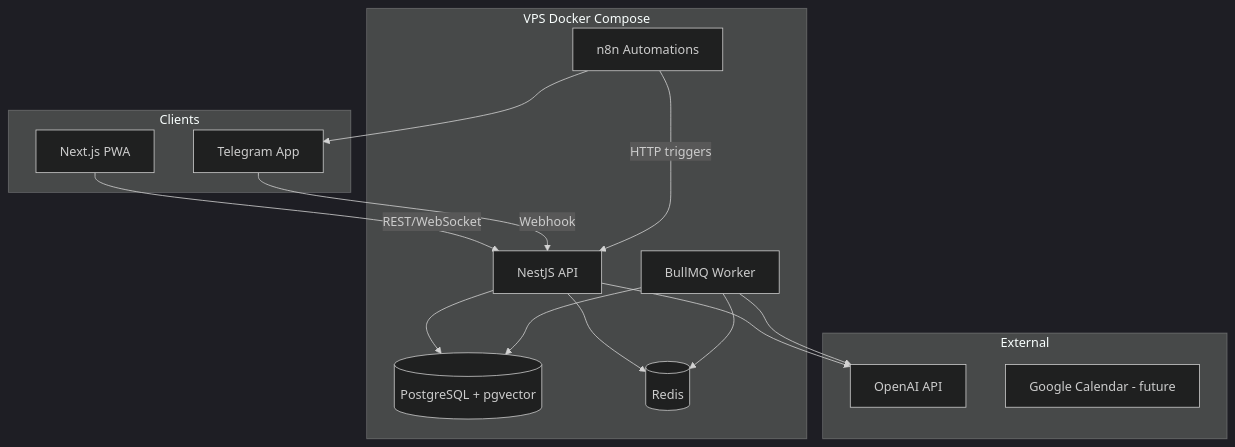
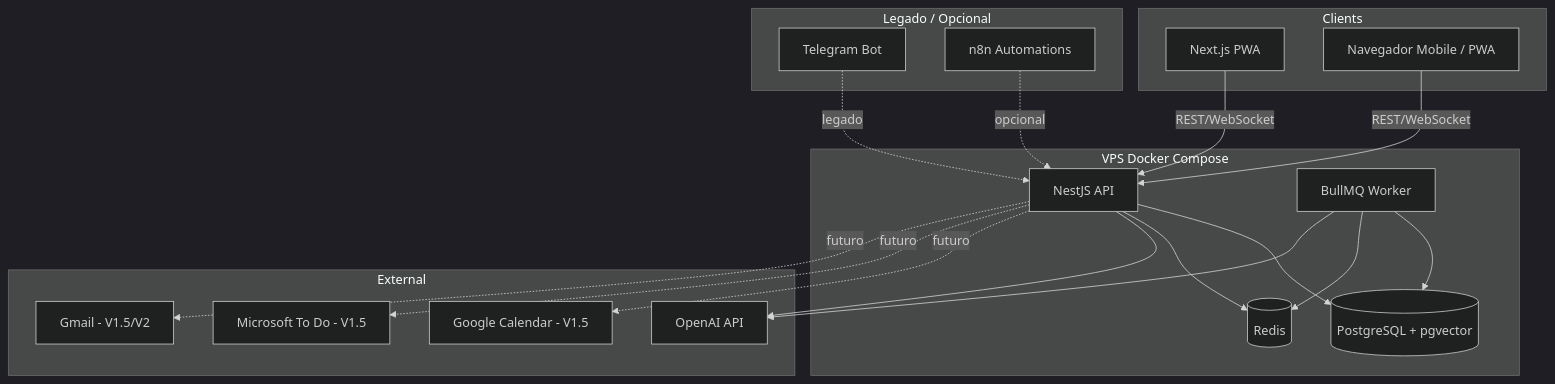
One commit to Erikrit/mika changed the first of 3 diagrams in .specs/architecture/ARCHITECTURE.md. Above: the diagram before and after it, drawn with Mermaid (dark theme). The commit also changed other lines of this file, not shown here.

Commit message:
docs: ajusta arquitetura principal para Web PWA

````diff
--- a/.specs/architecture/ARCHITECTURE.md
+++ b/.specs/architecture/ARCHITECTURE.md
@@ -12,31 +14,40 @@
 ```mermaid
 graph TB
     subgraph Clients
         WEB[Next.js PWA]
-        TG[Telegram App]
+        MOBILE[Navegador Mobile / PWA]
     end
 
     subgraph VPS["VPS Docker Compose"]
         API[NestJS API]
         WORKER[BullMQ Worker]
-        N8N[n8n Automations]
         PG[(PostgreSQL + pgvector)]
         REDIS[(Redis)]
     end
 
+    subgraph Optional["Legado / Opcional"]
+        TG[Telegram Bot]
+        N8N[n8n Automations]
+    end
+
     subgraph External
         OPENAI[OpenAI API]
-        GCAL[Google Calendar - future]
+        GCAL[Google Calendar - V1.5]
+        TODO[Microsoft To Do - V1.5]
+        GMAIL[Gmail - V1.5/V2]
     end
 
     WEB -->|REST/WebSocket| API
-    TG -->|Webhook| API
-    N8N -->|HTTP triggers| API
+    MOBILE -->|REST/WebSocket| API
     API --> PG
     API --> REDIS
     API --> OPENAI
     WORKER --> PG
     WORKER --> REDIS
     WORKER --> OPENAI
-    N8N --> TG
+    API -. futuro .-> GCAL
+    API -. futuro .-> TODO
+    API -. futuro .-> GMAIL
+    TG -. legado .-> API
+    N8N -. opcional .-> API
 ```
````
